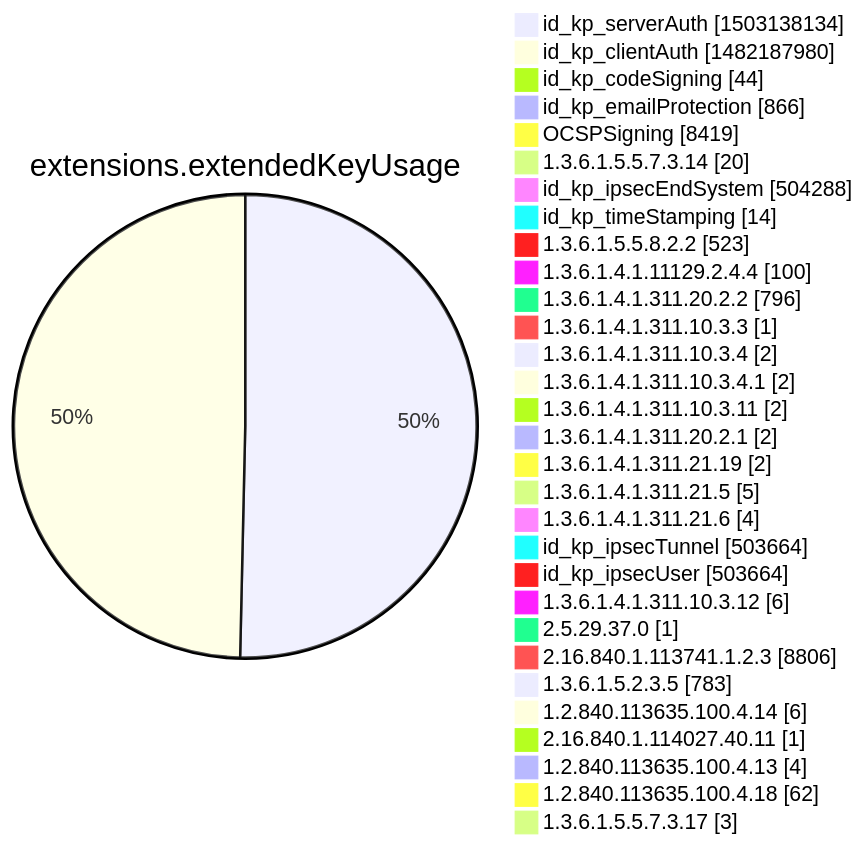
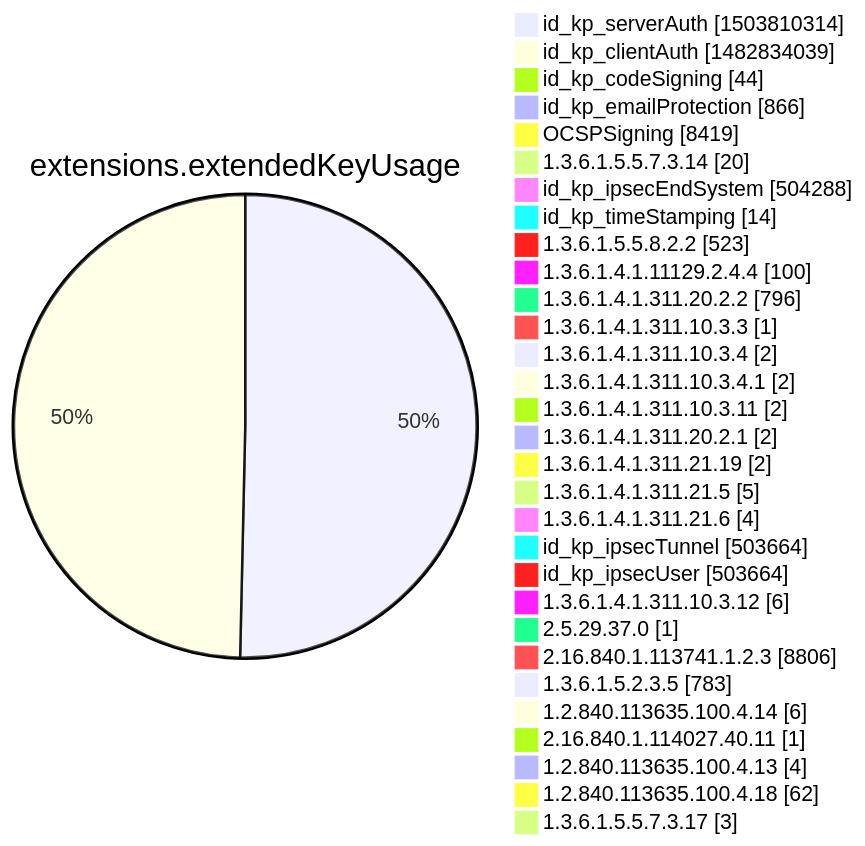
One commit to christiankrug/ctmonitor_visualization changed diagram 12 of 15 in argon2022/README.md. Above: the diagram before and after it, drawn with Mermaid. The commit also changed other lines of this file, not shown here.

````diff
--- a/argon2022/README.md
+++ b/argon2022/README.md
@@ -3555,34 +3555,34 @@
 ```mermaid
 pie showData
 title extensions.extendedKeyUsage
-"id_kp_serverAuth" :1503138134
-"id_kp_clientAuth" :1482187980
+"id_kp_serverAuth" :1503810314
+"id_kp_clientAuth" :1482834039
 "id_kp_codeSigning" :44
 "id_kp_emailProtection" :866
 "OCSPSigning" :8419
 "1.3.6.1.5.5.7.3.14" :20
 "id_kp_ipsecEndSystem" :504288
 "id_kp_timeStamping" :14
 "1.3.6.1.5.5.8.2.2" :523
 "1.3.6.1.4.1.11129.2.4.4" :100
 "1.3.6.1.4.1.311.20.2.2" :796
 "1.3.6.1.4.1.311.10.3.3" :1
 "1.3.6.1.4.1.311.10.3.4" :2
 "1.3.6.1.4.1.311.10.3.4.1" :2
 "1.3.6.1.4.1.311.10.3.11" :2
 "1.3.6.1.4.1.311.20.2.1" :2
 "1.3.6.1.4.1.311.21.19" :2
 "1.3.6.1.4.1.311.21.5" :5
 "1.3.6.1.4.1.311.21.6" :4
 "id_kp_ipsecTunnel" :503664
 "id_kp_ipsecUser" :503664
 "1.3.6.1.4.1.311.10.3.12" :6
 "2.5.29.37.0" :1
 "2.16.840.1.113741.1.2.3" :8806
 "1.3.6.1.5.2.3.5" :783
 "1.2.840.113635.100.4.14" :6
 "2.16.840.1.114027.40.11" :1
 "1.2.840.113635.100.4.13" :4
 "1.2.840.113635.100.4.18" :62
 "1.3.6.1.5.5.7.3.17" :3
 ```
````
